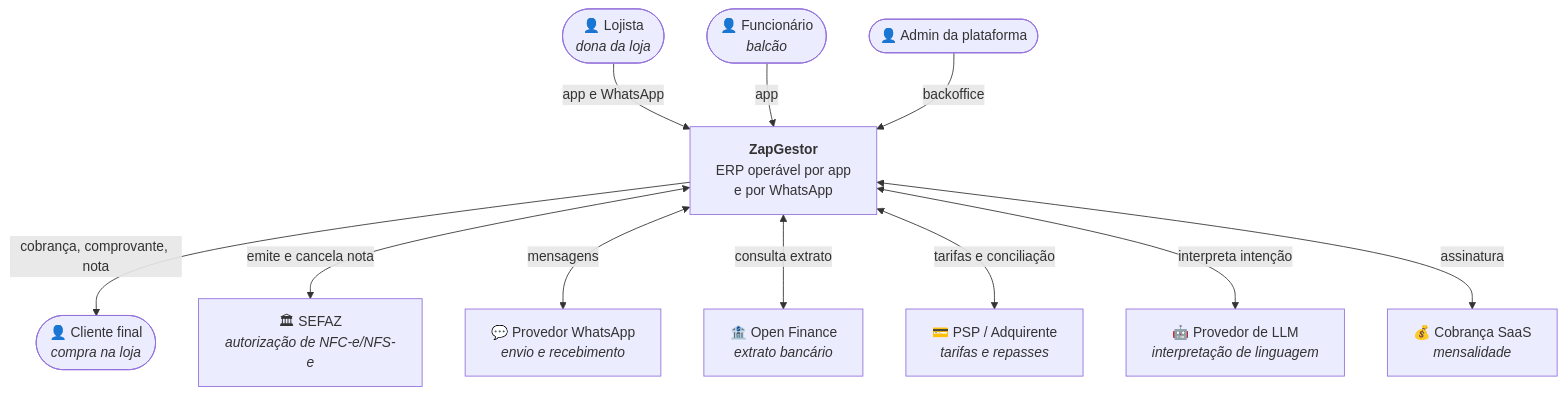
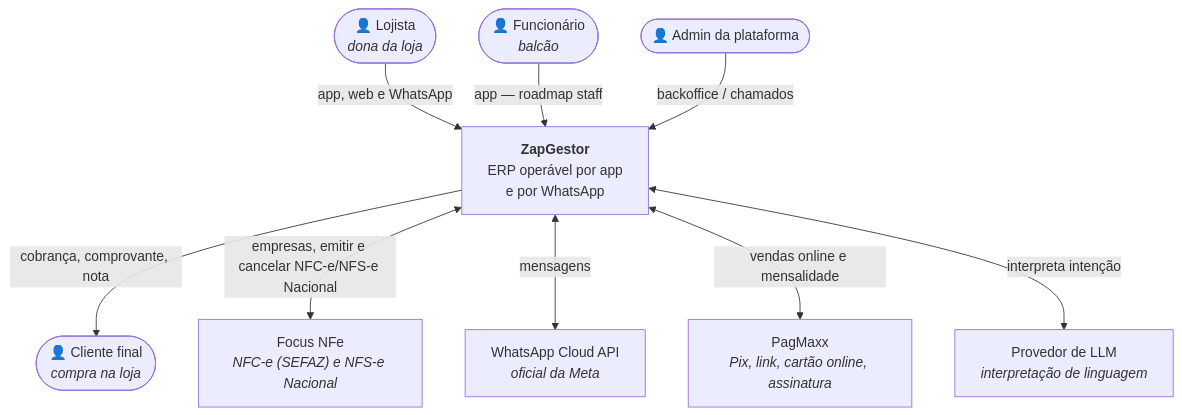
One commit to glevi2004/na-regua changed the first of 3 diagrams in docs/arquitetura/visao-geral.md. Above: the diagram before and after it, drawn with Mermaid. The commit also changed other lines of this file and 73 other files, not shown here.

First line of the commit message:
feat(db): materializar schema enxuto com rls e satelites de integracao

````diff
--- a/docs/arquitetura/visao-geral.md
+++ b/docs/arquitetura/visao-geral.md
@@ -17,28 +17,24 @@
 ```mermaid
 flowchart TB
     LOJISTA(["👤 Lojista<br/><i>dona da loja</i>"])
     FUNC(["👤 Funcionário<br/><i>balcão</i>"])
     CLIENTE(["👤 Cliente final<br/><i>compra na loja</i>"])
     ADMIN(["👤 Admin da plataforma"])
 
     SYS["<b>ZapGestor</b><br/>ERP operável por app<br/>e por WhatsApp"]
 
-    SEFAZ["🏛 SEFAZ<br/><i>autorização de NFC-e/NFS-e</i>"]
-    META["💬 Provedor WhatsApp<br/><i>envio e recebimento</i>"]
-    OF["🏦 Open Finance<br/><i>extrato bancário</i>"]
-    PSP["💳 PSP / Adquirente<br/><i>tarifas e repasses</i>"]
-    LLM["🤖 Provedor de LLM<br/><i>interpretação de linguagem</i>"]
-    SAAS["💰 Cobrança SaaS<br/><i>mensalidade</i>"]
+    FOCUS["Focus NFe<br/><i>NFC-e (SEFAZ) e NFS-e Nacional</i>"]
+    META["WhatsApp Cloud API<br/><i>oficial da Meta</i>"]
+    PSP["PagMaxx<br/><i>Pix, link, cartão online, assinatura</i>"]
+    LLM["Provedor de LLM<br/><i>interpretação de linguagem</i>"]
 
-    LOJISTA -->|app e WhatsApp| SYS
-    FUNC -->|app| SYS
-    ADMIN -->|backoffice| SYS
+    LOJISTA -->|app, web e WhatsApp| SYS
+    FUNC -->|app — roadmap staff| SYS
+    ADMIN -->|backoffice / chamados| SYS
     SYS -->|cobrança, comprovante, nota| CLIENTE
 
-    SYS <-->|emite e cancela nota| SEFAZ
+    SYS <-->|empresas, emitir e cancelar NFC-e/NFS-e Nacional| FOCUS
     SYS <-->|mensagens| META
-    SYS <-->|consulta extrato| OF
-    SYS <-->|tarifas e conciliação| PSP
+    SYS <-->|vendas online e mensalidade| PSP
     SYS <-->|interpreta intenção| LLM
-    SYS <-->|assinatura| SAAS
 ```
````
